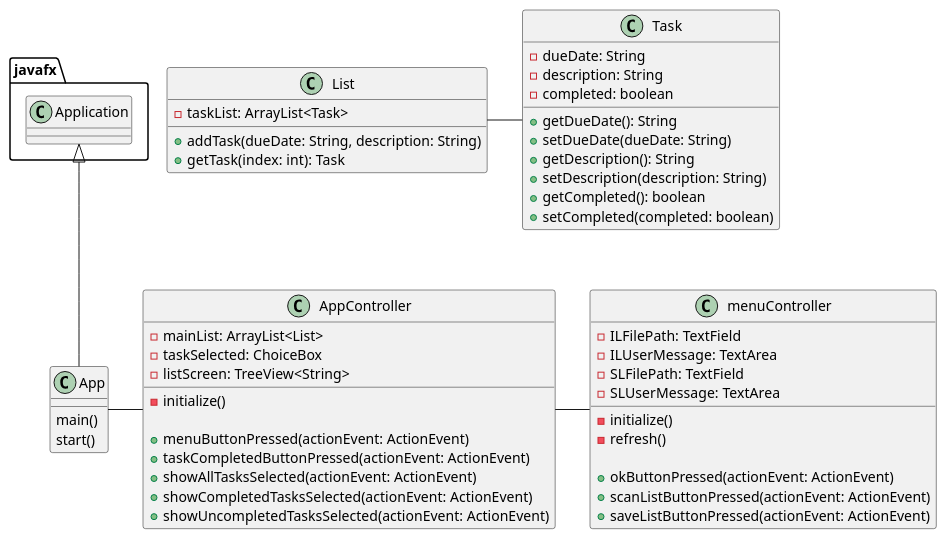
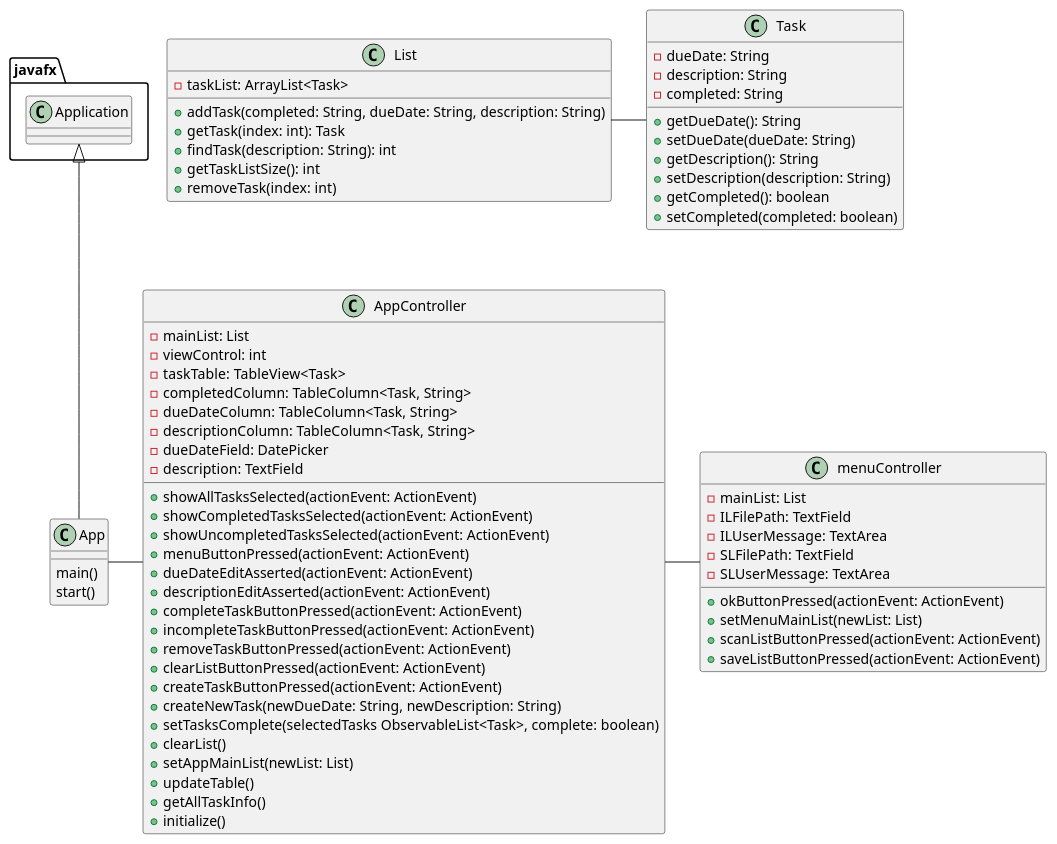
The diagram in uml/AppDiagram.puml (ashley-m0/OOP-Assignment4-Part2), drawn with PlantUML before and after one commit. The commit also changed 5 other files, not shown here.

```diff
--- a/uml/AppDiagram.puml
+++ b/uml/AppDiagram.puml
@@ -1,62 +1,82 @@
 @startuml
 'https://plantuml.com/sequence-diagram
 
 class App{
     main()
     start()
 }
 
 class AppController{
-    - mainList: ArrayList<List>
-    - taskSelected: ChoiceBox
-    - listScreen: TreeView<String>
-    - initialize()
+    - mainList: List
+    - viewControl: int
+    - taskTable: TableView<Task>
+    - completedColumn: TableColumn<Task, String>
+    - dueDateColumn: TableColumn<Task, String>
+    - descriptionColumn: TableColumn<Task, String>
+    - dueDateField: DatePicker
+    - description: TextField
 
-    + menuButtonPressed(actionEvent: ActionEvent)
-    + taskCompletedButtonPressed(actionEvent: ActionEvent)
     + showAllTasksSelected(actionEvent: ActionEvent)
     + showCompletedTasksSelected(actionEvent: ActionEvent)
     + showUncompletedTasksSelected(actionEvent: ActionEvent)
+    + menuButtonPressed(actionEvent: ActionEvent)
+    + dueDateEditAsserted(actionEvent: ActionEvent)
+    + descriptionEditAsserted(actionEvent: ActionEvent)
+    + completeTaskButtonPressed(actionEvent: ActionEvent)
+    + incompleteTaskButtonPressed(actionEvent: ActionEvent)
+    + removeTaskButtonPressed(actionEvent: ActionEvent)
+    + clearListButtonPressed(actionEvent: ActionEvent)
+    + createTaskButtonPressed(actionEvent: ActionEvent)
+    + createNewTask(newDueDate: String, newDescription: String)
+    + setTasksComplete(selectedTasks ObservableList<Task>, complete: boolean)
+    + clearList()
+    + setAppMainList(newList: List)
+    + updateTable()
+    + getAllTaskInfo()
+    + initialize()
 
 }
 
 class List{
     - taskList: ArrayList<Task>
 
-    + addTask(dueDate: String, description: String)
+    + addTask(completed: String, dueDate: String, description: String)
     + getTask(index: int): Task
+    + findTask(description: String): int
+    + getTaskListSize(): int
+    + removeTask(index: int)
 }
 
 class menuController{
 
+    - mainList: List
     - ILFilePath: TextField
     - ILUserMessage: TextArea
     - SLFilePath: TextField
     - SLUserMessage: TextArea
-    - initialize()
-    - refresh()
 
     + okButtonPressed(actionEvent: ActionEvent)
+    + setMenuMainList(newList: List)
     + scanListButtonPressed(actionEvent: ActionEvent)
     + saveListButtonPressed(actionEvent: ActionEvent)
 }
 
 class Task{
     - dueDate: String
     - description: String
-    - completed: boolean
+    - completed: String
 
     + getDueDate(): String
     + setDueDate(dueDate: String)
     + getDescription(): String
     + setDescription(description: String)
     + getCompleted(): boolean
     + setCompleted(completed: boolean)
 }
 
 javafx.Application <|-- App
 
 App -  AppController
 AppController - menuController
 List - Task
 @enduml
```
